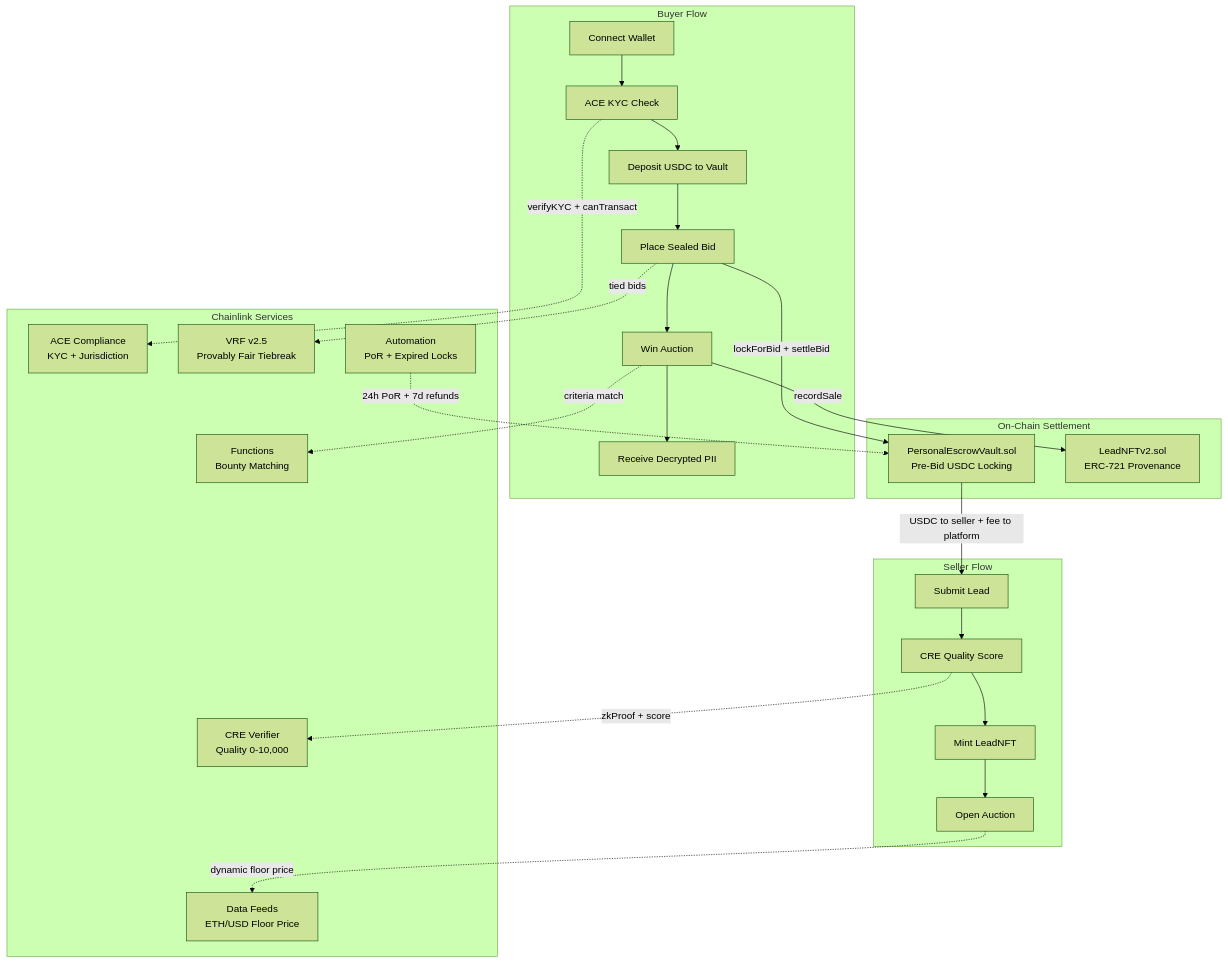
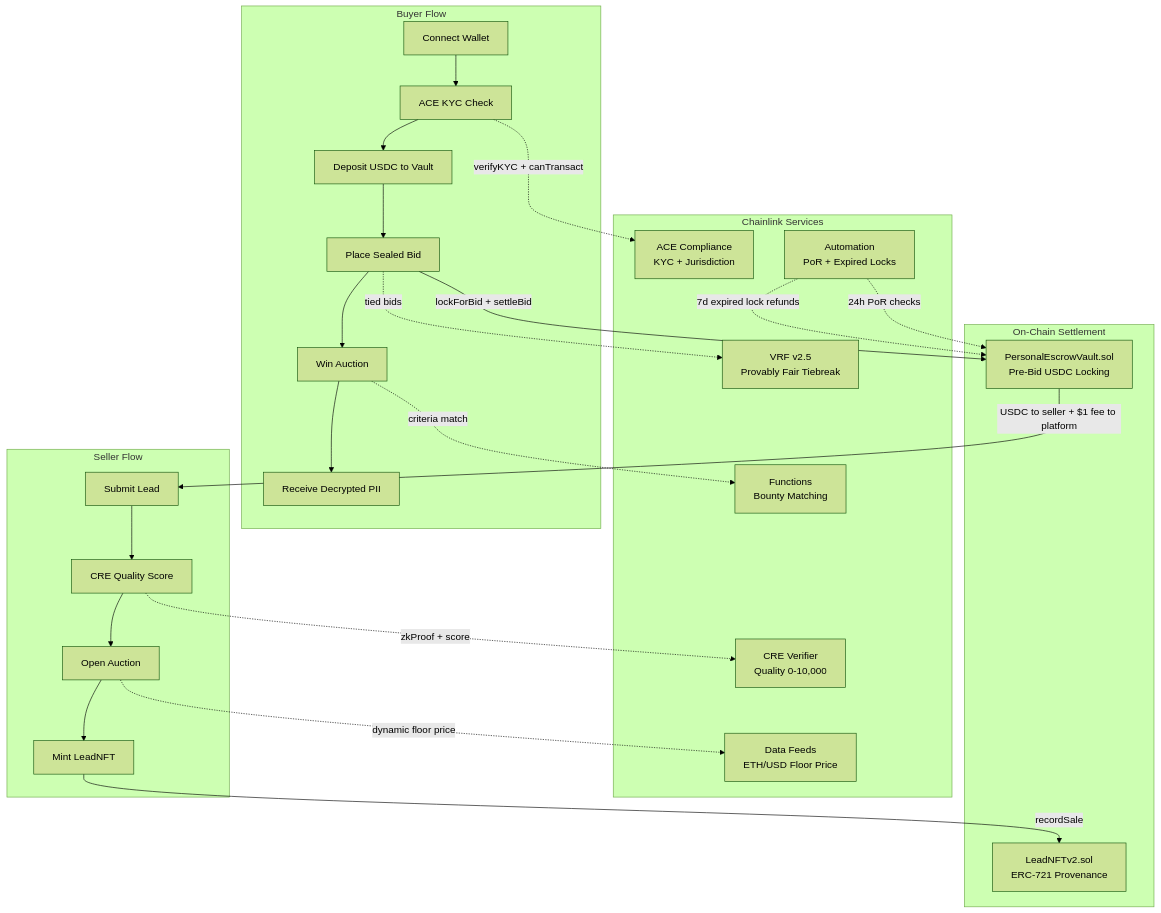
One commit to bnmbnmai/lead-engine-cre changed the second of 2 diagrams in README.md. Above: the diagram before and after it, drawn with Mermaid (forest theme). The commit also changed other lines of this file, not shown here.

First line of the commit message:
docs: README round 3  flowchart reorder, Chainlink Dependencies column, stubs update

````diff
--- a/README.md
+++ b/README.md
@@ -140,40 +140,41 @@
 ```mermaid
 flowchart TB
     subgraph Seller["Seller Flow"]
         S1["Submit Lead"] --> S2["CRE Quality Score"]
-        S2 --> S3["Mint LeadNFT"]
-        S3 --> S4["Open Auction"]
+        S2 --> S3["Open Auction"]
+        S3 --> S4["Mint LeadNFT"]
     end
 
     subgraph Chainlink["Chainlink Services"]
         CRE["CRE Verifier<br/>Quality 0-10,000"]
         ACE["ACE Compliance<br/>KYC + Jurisdiction"]
         DF["Data Feeds<br/>ETH/USD Floor Price"]
         VRF["VRF v2.5<br/>Provably Fair Tiebreak"]
         FN["Functions<br/>Bounty Matching"]
         AUT["Automation<br/>PoR + Expired Locks"]
     end
 
     subgraph Buyer["Buyer Flow"]
         B1["Connect Wallet"] --> B2["ACE KYC Check"]
         B2 --> B3["Deposit USDC to Vault"]
         B3 --> B4["Place Sealed Bid"]
         B4 --> B5["Win Auction"]
         B5 --> B6["Receive Decrypted PII"]
     end
 
     subgraph Settlement["On-Chain Settlement"]
         VAULT["PersonalEscrowVault.sol<br/>Pre-Bid USDC Locking"]
         NFT["LeadNFTv2.sol<br/>ERC-721 Provenance"]
     end
 
     S2 -.->|"zkProof + score"| CRE
     B2 -.->|"verifyKYC + canTransact"| ACE
-    S4 -.->|"dynamic floor price"| DF
+    S3 -.->|"dynamic floor price"| DF
     B4 -.->|"tied bids"| VRF
     B5 -.->|"criteria match"| FN
     B4 -->|"lockForBid + settleBid"| VAULT
-    VAULT -->|"USDC to seller + fee to platform"| S1
-    B5 -->|"recordSale"| NFT
-    AUT -.->|"24h PoR + 7d refunds"| VAULT
+    VAULT -->|"USDC to seller + $1 fee to platform"| S1
+    S4 -->|"recordSale"| NFT
+    AUT -.->|"24h PoR checks"| VAULT
+    AUT -.->|"7d expired lock refunds"| VAULT
 ```
````
